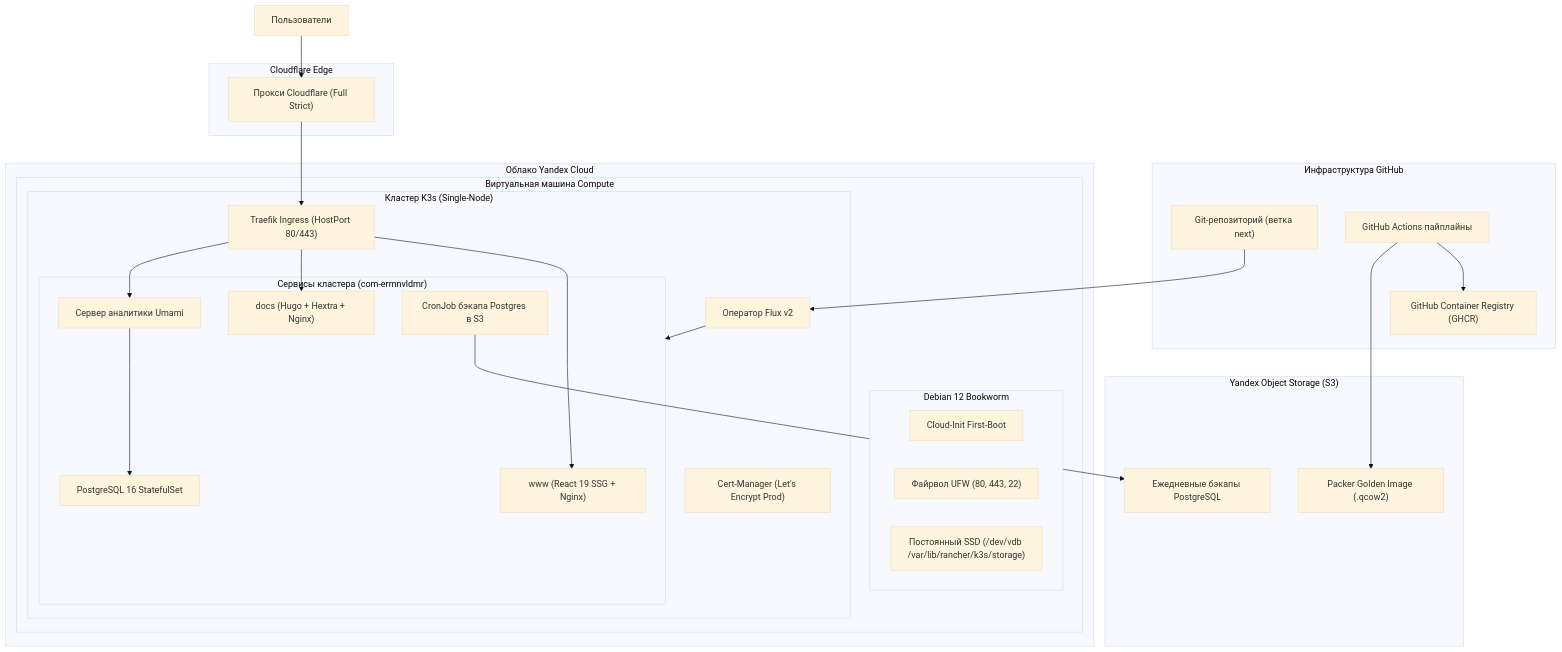
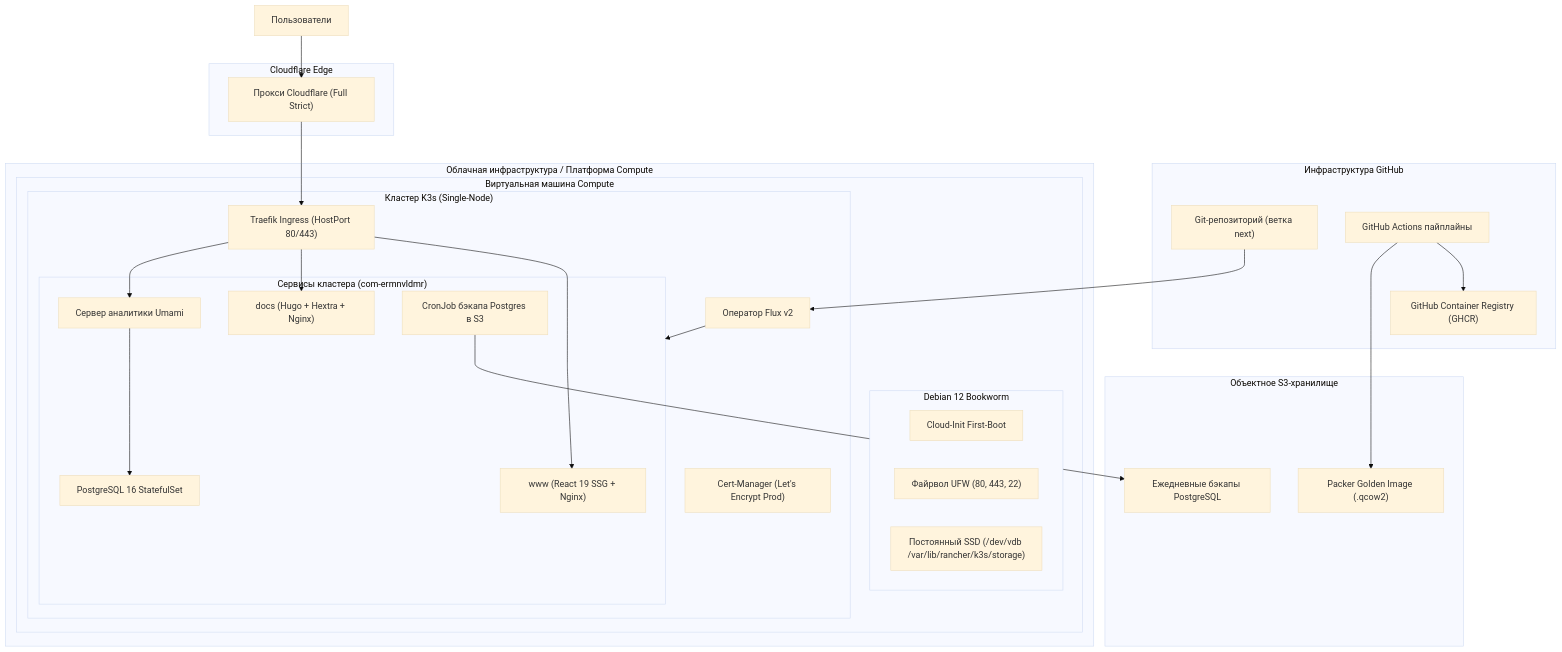
Before and after one commit to deytenit/ermnvldmr.com: the diagram in services/docs/content/ru/ermnvldmr/architecture.md, drawn with Mermaid (base theme). The commit also changed other lines of this file and 5 other files, not shown here.

Commit message:
docs: sanitize docs to ensure generic cloud-agnostic architecture and remove specific keys/IPs

````diff
--- a/services/docs/content/ru/ermnvldmr/architecture.md
+++ b/services/docs/content/ru/ermnvldmr/architecture.md
@@ -13,53 +13,53 @@
 ```mermaid
 flowchart TD
     subgraph GitHub ["Инфраструктура GitHub"]
         Repo["Git-репозиторий (ветка next)"]
         Workflows["GitHub Actions пайплайны"]
         GHCR["GitHub Container Registry (GHCR)"]
     end
 
-    subgraph S3 ["Yandex Object Storage (S3)"]
+    subgraph S3 ["Объектное S3-хранилище"]
         GoldenImage["Packer Golden Image (.qcow2)"]
         Backups["Ежедневные бэкапы PostgreSQL"]
     end
 
-    subgraph YandexCloud ["Облако Yandex Cloud"]
+    subgraph Cloud ["Облачная инфраструктура / Платформа Compute"]
         subgraph VM ["Виртуальная машина Compute"]
             subgraph OS ["Debian 12 Bookworm"]
                 CloudInit["Cloud-Init First-Boot"]
                 UFW["Файрвол UFW (80, 443, 22)"]
                 SSD["Постоянный SSD (/dev/vdb /var/lib/rancher/k3s/storage)"]
             end
 
             subgraph K3s ["Кластер K3s (Single-Node)"]
                 Flux["Оператор Flux v2"]
                 Traefik["Traefik Ingress (HostPort 80/443)"]
                 CertManager["Cert-Manager (Let's Encrypt Prod)"]
                 
                 subgraph Apps ["Сервисы кластера (com-ermnvldmr)"]
                     WWW["www (React 19 SSG + Nginx)"]
                     Docs["docs (Hugo + Hextra + Nginx)"]
                     Postgres["PostgreSQL 16 StatefulSet"]
                     Umami["Сервер аналитики Umami"]
                     BackupCron["CronJob бэкапа Postgres в S3"]
                 end
             end
         end
     end
 
     subgraph Edge ["Cloudflare Edge"]
         CF["Прокси Cloudflare (Full Strict)"]
     end
 
     Users["Пользователи"] --> CF
     CF --> Traefik
     Traefik --> WWW
     Traefik --> Docs
     Traefik --> Umami
     Umami --> Postgres
     BackupCron --> Backups
     Workflows --> GHCR
     Workflows --> GoldenImage
     Repo --> Flux
     Flux --> Apps
 ```
````
